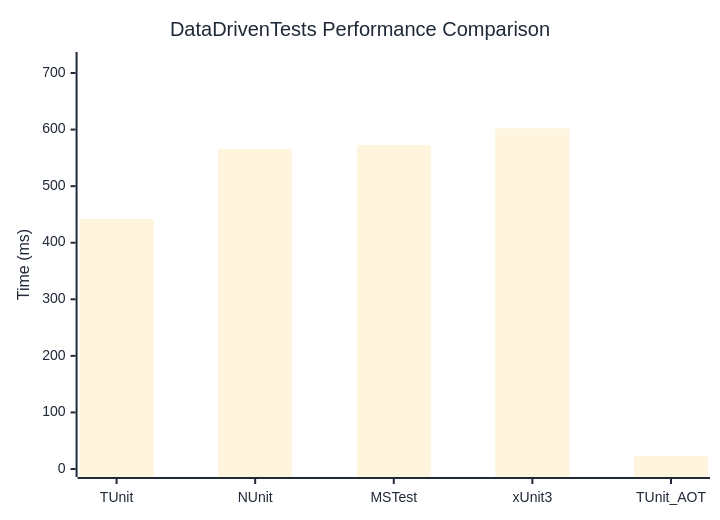
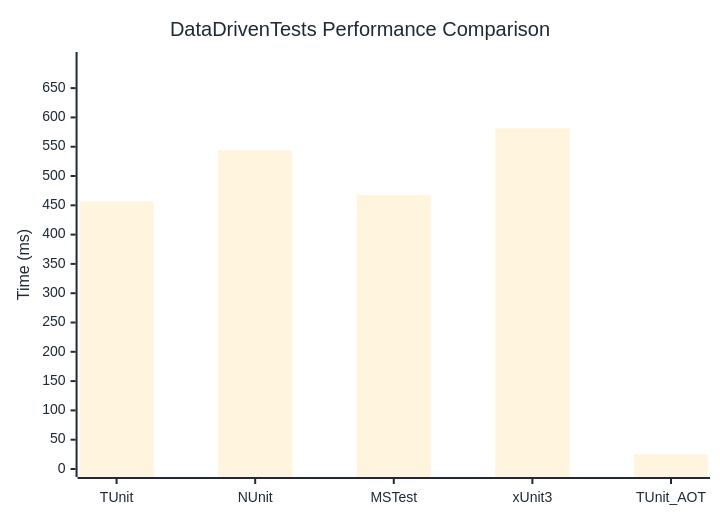
The diagram in docs/docs/benchmarks/DataDrivenTests.md (thomhurst/TUnit), drawn with Mermaid before and after one commit. The commit also changed other lines of this file and 17 other files, not shown here.

````diff
--- a/docs/docs/benchmarks/DataDrivenTests.md
+++ b/docs/docs/benchmarks/DataDrivenTests.md
@@ -27,37 +27,37 @@
 ```mermaid
 %%{init: {
   'theme':'base',
   'themeVariables': {
     'primaryColor': '#2563eb',
     'primaryTextColor': '#1f2937',
     'primaryBorderColor': '#1e40af',
     'lineColor': '#6b7280',
     'secondaryColor': '#7c3aed',
     'tertiaryColor': '#dc2626',
     'background': '#ffffff',
     'mainBkg': '#2563eb',
     'secondBkg': '#7c3aed',
     'tertiaryBkg': '#dc2626',
     'clusterBkg': '#f3f4f6',
     'edgeLabelBackground': '#ffffff',
     'tertiaryTextColor': '#1f2937',
     'pie1': '#2563eb',
     'pie2': '#7c3aed',
     'pie3': '#dc2626',
     'pie4': '#f59e0b',
     'pie5': '#10b981',
     'pie6': '#06b6d4',
     'pie7': '#ec4899',
     'pie8': '#6366f1',
     'pie9': '#84cc16',
     'pie10': '#f97316',
     'pie11': '#14b8a6',
     'pie12': '#a855f7'
   }
 }}%%
 xychart-beta
   title "DataDrivenTests Performance Comparison"
   x-axis ["TUnit", "NUnit", "MSTest", "xUnit3", "TUnit_AOT"]
-  y-axis "Time (ms)" 0 --> 723
-  bar [441.83, 565.94, 572.5, 602.23, 22.95]
+  y-axis "Time (ms)" 0 --> 698
+  bar [456.68, 544.17, 467.75, 581.3, 25.31]
 ```
````
